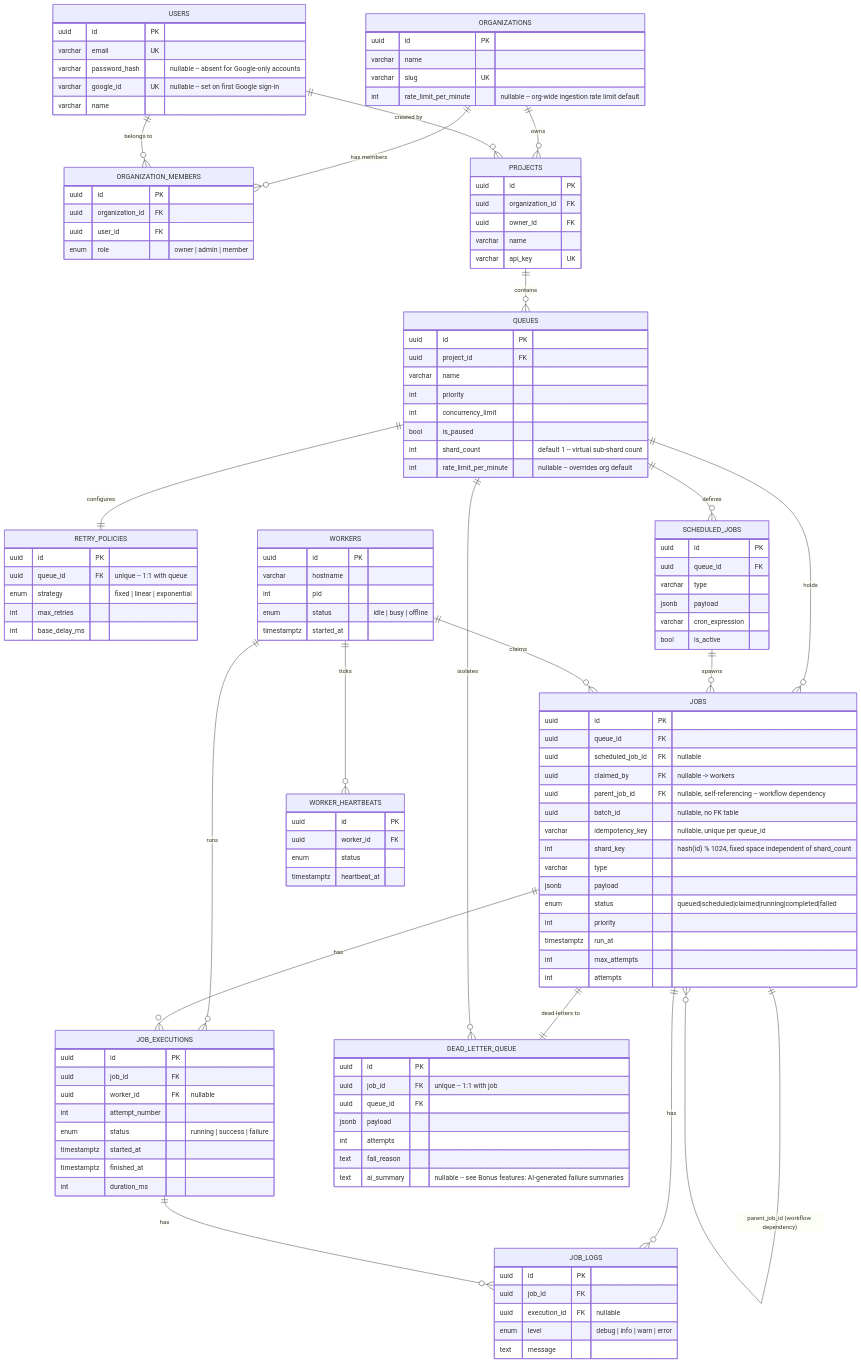
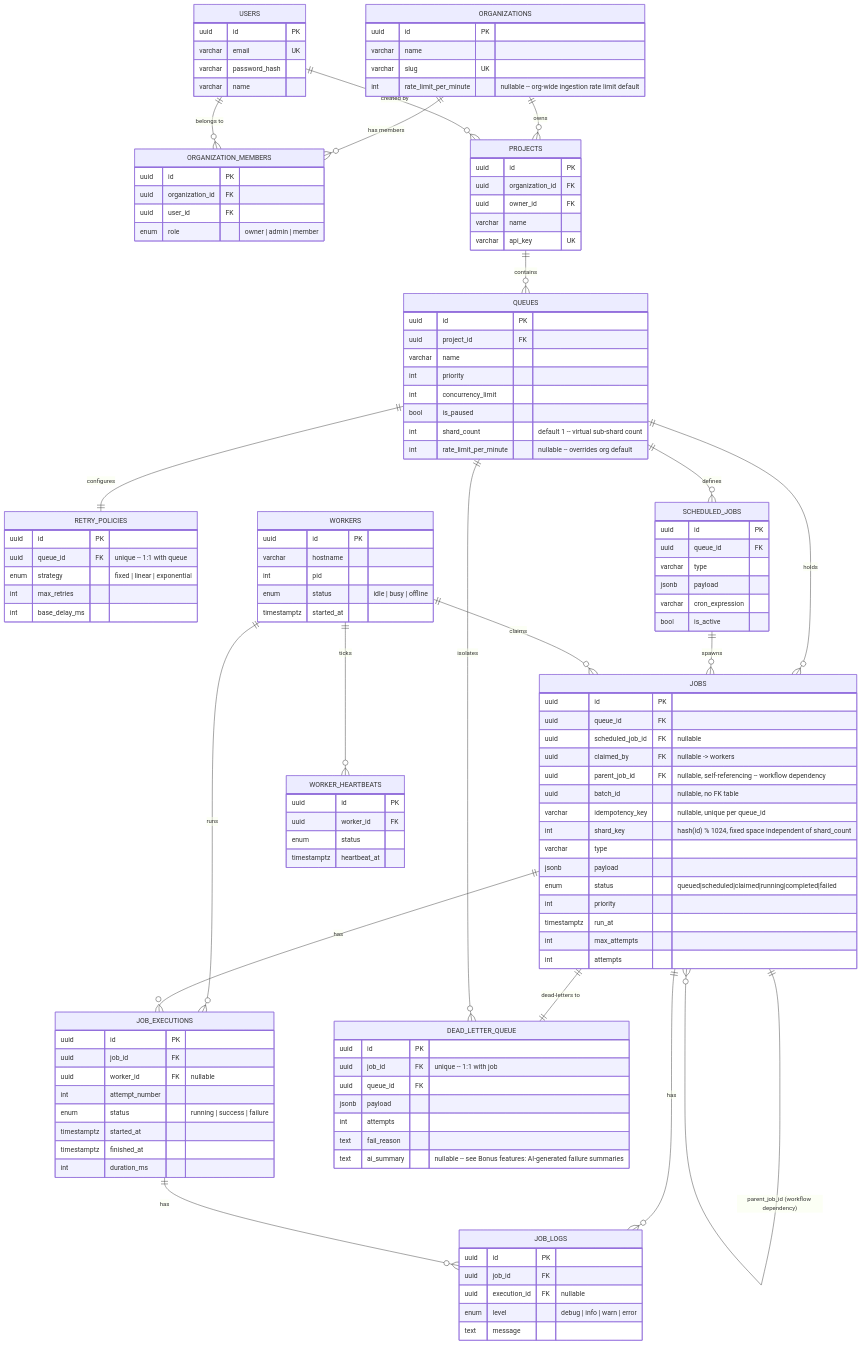
The diagram in README.md (RachitGandhi13/jobScheduler), drawn with Mermaid before and after one commit. The commit also changed other lines of this file and 17 other files, not shown here.

First line of the commit message:
Remove Google Sign-In, clean up dead code, final docs pass

```diff
--- a/README.md
+++ b/README.md
@@ -144,8 +146,7 @@
     USERS {
         uuid id PK
         varchar email UK
-        varchar password_hash "nullable -- absent for Google-only accounts"
-        varchar google_id UK "nullable -- set on first Google sign-in"
+        varchar password_hash
         varchar name
     }
     ORGANIZATION_MEMBERS {
```
